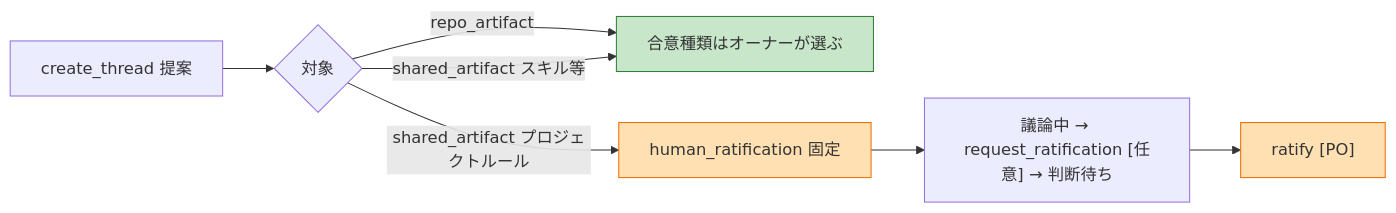
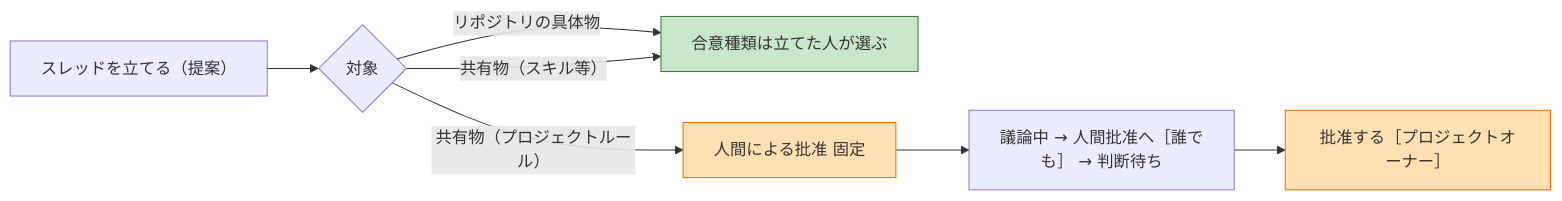
Before and after one commit to hskksk/comitia: the fourth of 13 diagrams in docs/03-thread-state-machines.md, drawn with Mermaid. The commit also changed other lines of this file, not shown here.

First line of the commit message:
docs(03): 状態遷移図のラベルを画面の文言に合わせる

````diff
--- a/docs/03-thread-state-machines.md
+++ b/docs/03-thread-state-machines.md
@@ -102,12 +128,12 @@
 ```mermaid
 flowchart LR
   classDef lock fill:#ffe0b2,stroke:#ef6c00
   classDef ok fill:#c8e6c9,stroke:#2e7d32
 
-  create["create_thread 提案"] --> target{"対象"}
-  target -->|repo_artifact| free["合意種類はオーナーが選ぶ"]:::ok
-  target -->|shared_artifact スキル等| free
-  target -->|shared_artifact プロジェクトルール| locked["human_ratification 固定"]:::lock
-  locked --> wait["議論中 → request_ratification [任意] → 判断待ち"]
-  wait --> ratify["ratify [PO]"]:::lock
+  create["スレッドを立てる（提案）"] --> target{"対象"}
+  target -->|リポジトリの具体物| free["合意種類は立てた人が選ぶ"]:::ok
+  target -->|共有物（スキル等）| free
+  target -->|共有物（プロジェクトルール）| locked["人間による批准 固定"]:::lock
+  locked --> wait["議論中 → 人間批准へ［誰でも］ → 判断待ち"]
+  wait --> ratify["批准する［プロジェクトオーナー］"]:::lock
 ```
````
